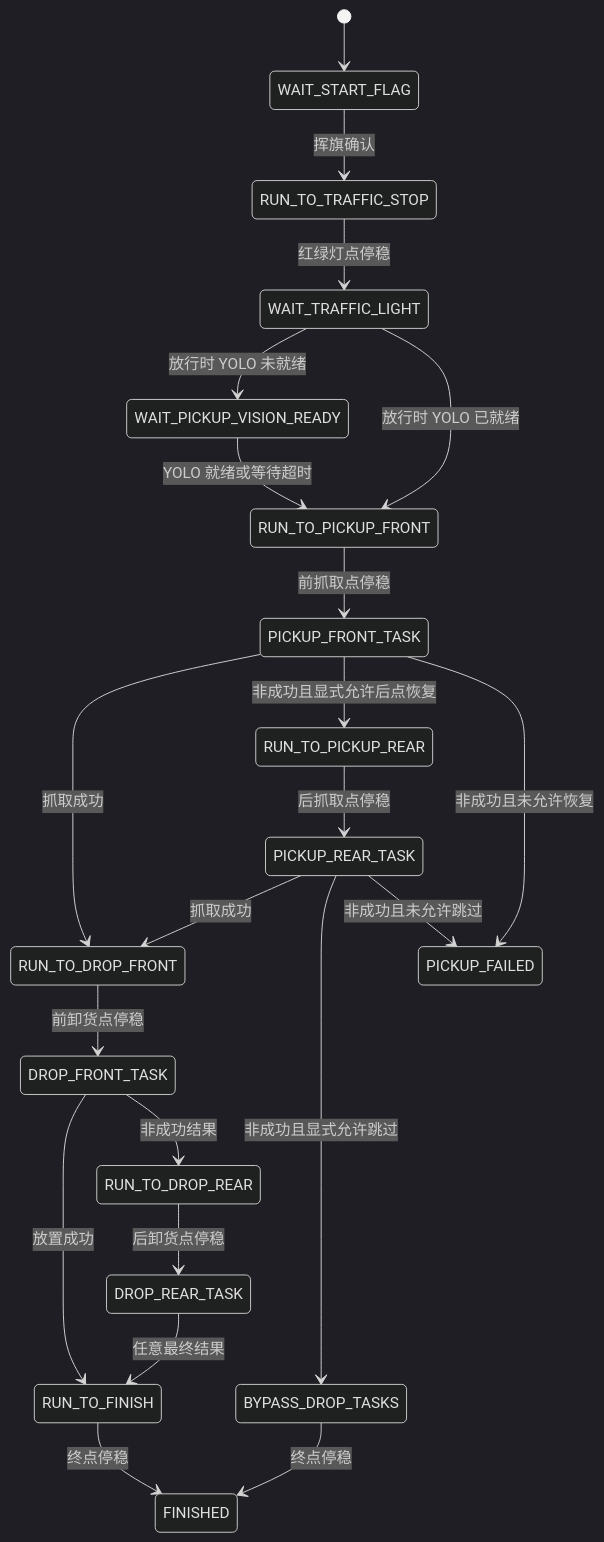
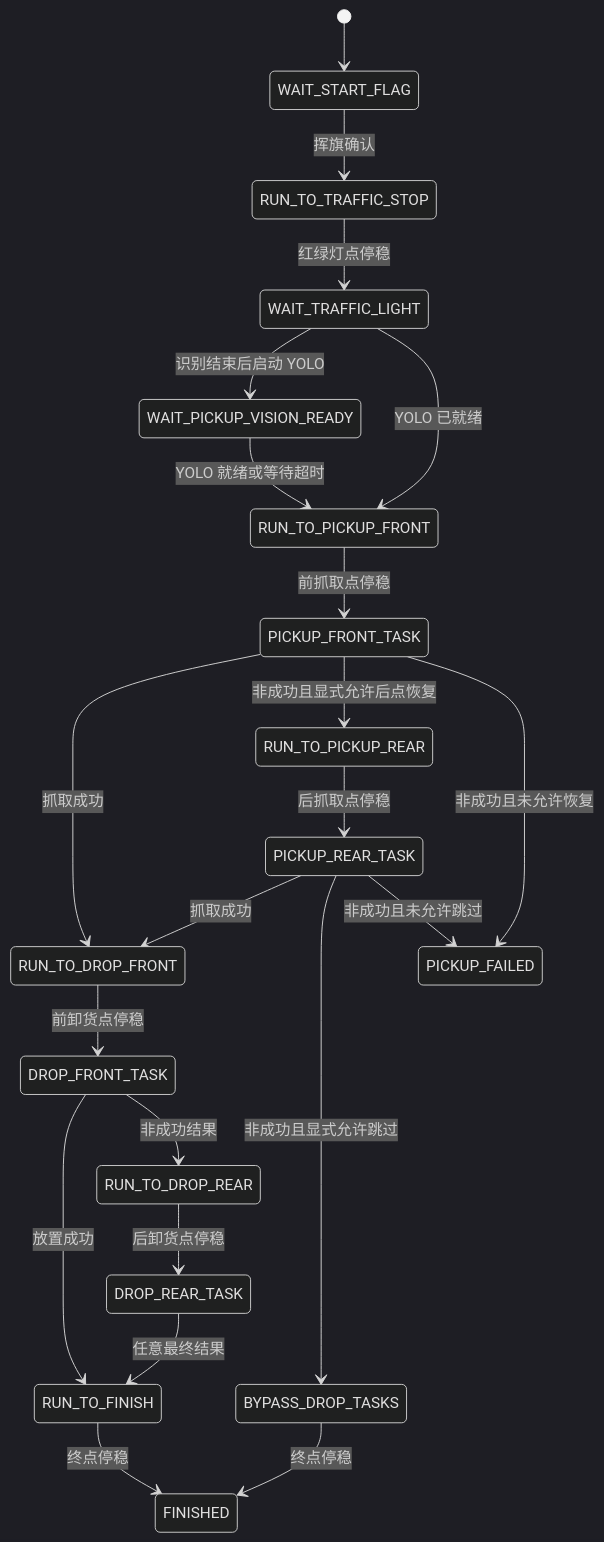
One commit to Gra1nRain/express-delivery-robot changed the first of 2 diagrams in docs/competition_mission_state_machine.md. Above: the diagram before and after it, drawn with Mermaid (dark theme). The commit also changed other lines of this file and 7 other files, not shown here.

First line of the commit message:
fix(mission): defer pickup YOLO until traffic release

````diff
--- a/docs/competition_mission_state_machine.md
+++ b/docs/competition_mission_state_machine.md
@@ -25,24 +25,24 @@
 ```mermaid
 stateDiagram-v2
     [*] --> WAIT_START_FLAG
     WAIT_START_FLAG --> RUN_TO_TRAFFIC_STOP: 挥旗确认
     RUN_TO_TRAFFIC_STOP --> WAIT_TRAFFIC_LIGHT: 红绿灯点停稳
-    WAIT_TRAFFIC_LIGHT --> WAIT_PICKUP_VISION_READY: 放行时 YOLO 未就绪
-    WAIT_TRAFFIC_LIGHT --> RUN_TO_PICKUP_FRONT: 放行时 YOLO 已就绪
+    WAIT_TRAFFIC_LIGHT --> WAIT_PICKUP_VISION_READY: 识别结束后启动 YOLO
+    WAIT_TRAFFIC_LIGHT --> RUN_TO_PICKUP_FRONT: YOLO 已就绪
     WAIT_PICKUP_VISION_READY --> RUN_TO_PICKUP_FRONT: YOLO 就绪或等待超时
     RUN_TO_PICKUP_FRONT --> PICKUP_FRONT_TASK: 前抓取点停稳
     PICKUP_FRONT_TASK --> RUN_TO_DROP_FRONT: 抓取成功
     PICKUP_FRONT_TASK --> RUN_TO_PICKUP_REAR: 非成功且显式允许后点恢复
     PICKUP_FRONT_TASK --> PICKUP_FAILED: 非成功且未允许恢复
     RUN_TO_PICKUP_REAR --> PICKUP_REAR_TASK: 后抓取点停稳
     PICKUP_REAR_TASK --> RUN_TO_DROP_FRONT: 抓取成功
     PICKUP_REAR_TASK --> BYPASS_DROP_TASKS: 非成功且显式允许跳过
     PICKUP_REAR_TASK --> PICKUP_FAILED: 非成功且未允许跳过
     RUN_TO_DROP_FRONT --> DROP_FRONT_TASK: 前卸货点停稳
     DROP_FRONT_TASK --> RUN_TO_FINISH: 放置成功
     DROP_FRONT_TASK --> RUN_TO_DROP_REAR: 非成功结果
     RUN_TO_DROP_REAR --> DROP_REAR_TASK: 后卸货点停稳
     DROP_REAR_TASK --> RUN_TO_FINISH: 任意最终结果
     BYPASS_DROP_TASKS --> FINISHED: 终点停稳
     RUN_TO_FINISH --> FINISHED: 终点停稳
 ```
````
